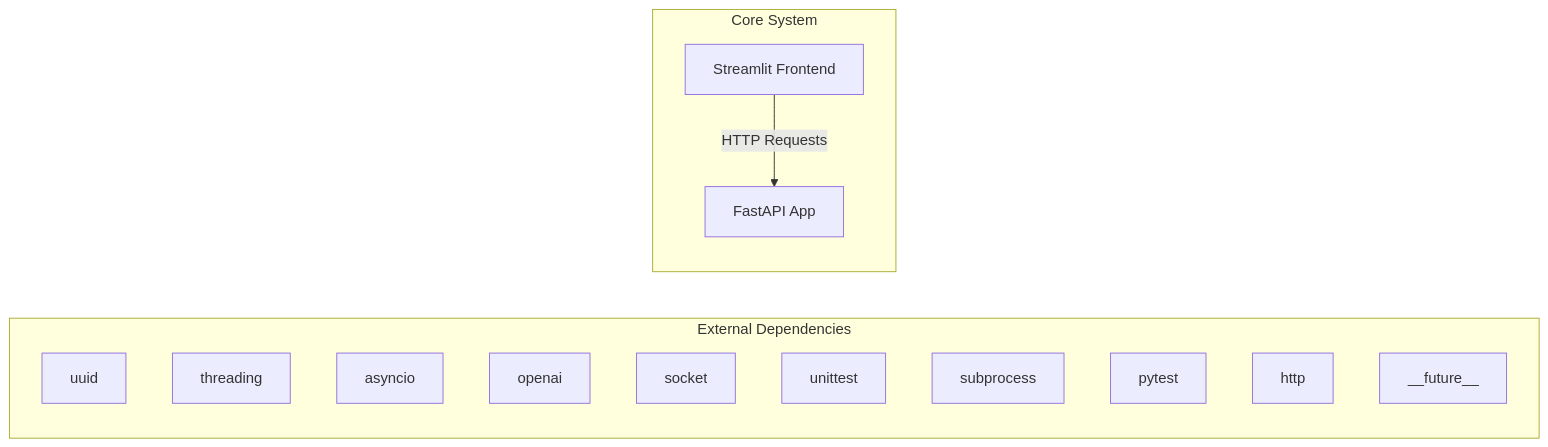
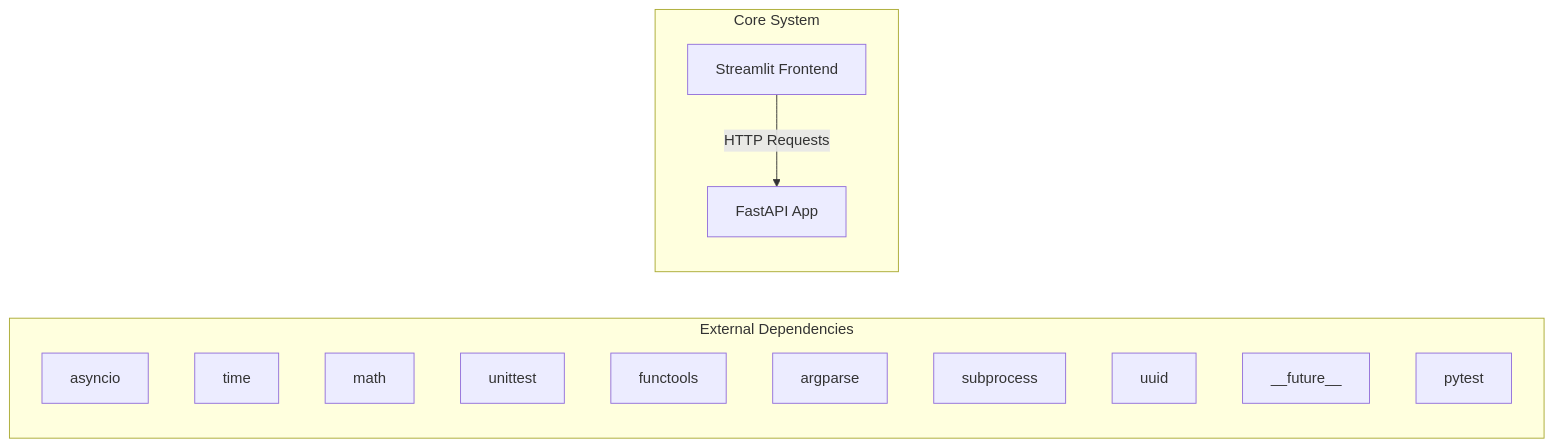
Before and after one commit to NITISH-R-G/rag-context-optimizer: the first of 2 diagrams in docs/architecture.md, drawn with Mermaid. The commit also changed 1 other file, not shown here.

Commit message:
docs: auto-update repository knowledge, architecture diagrams, and documentation

````diff
--- a/docs/architecture.md
+++ b/docs/architecture.md
@@ -7,20 +7,20 @@
 ```mermaid
 graph LR
     subgraph External Dependencies
-        E0["uuid"]
-        E1["threading"]
-        E2["asyncio"]
-        E3["openai"]
-        E4["socket"]
-        E5["unittest"]
+        E0["asyncio"]
+        E1["time"]
+        E2["math"]
+        E3["unittest"]
+        E4["functools"]
+        E5["argparse"]
         E6["subprocess"]
-        E7["pytest"]
-        E8["http"]
-        E9["__future__"]
+        E7["uuid"]
+        E8["__future__"]
+        E9["pytest"]
     end
     subgraph Core System
         API["FastAPI App"]
         UI["Streamlit Frontend"]
     end
     UI -->|HTTP Requests| API
 ```
````
